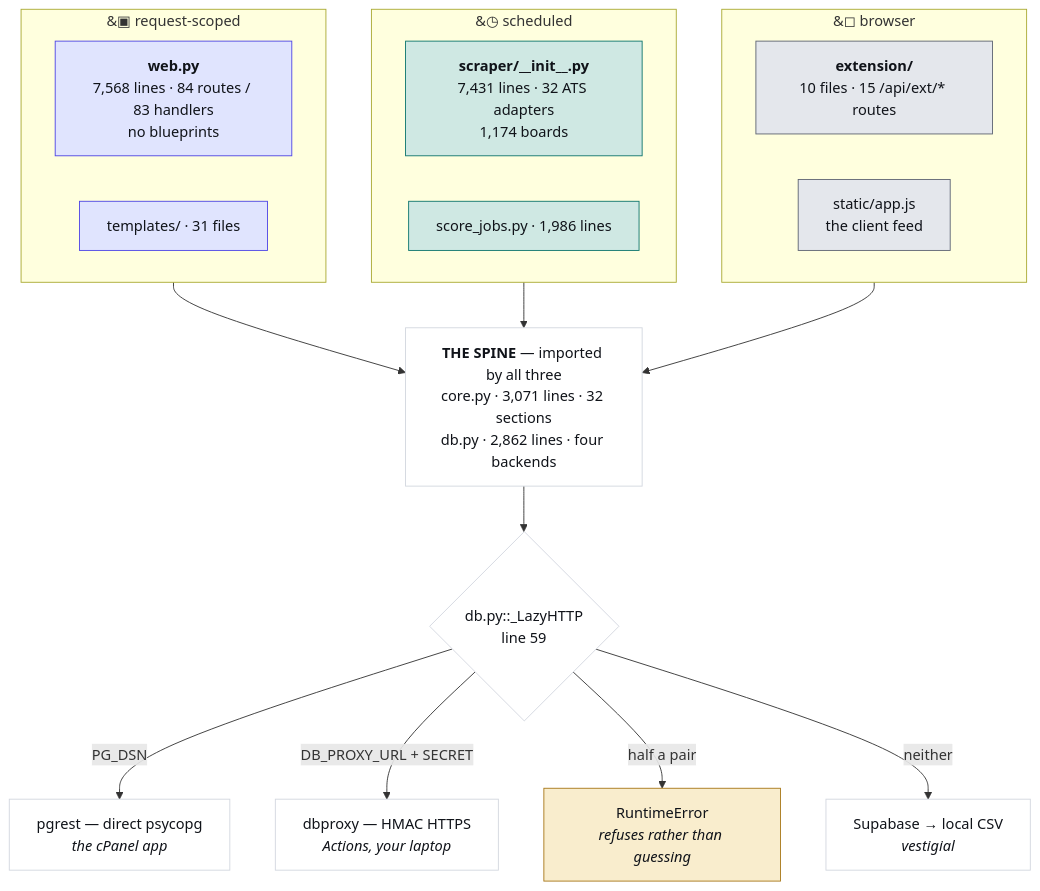
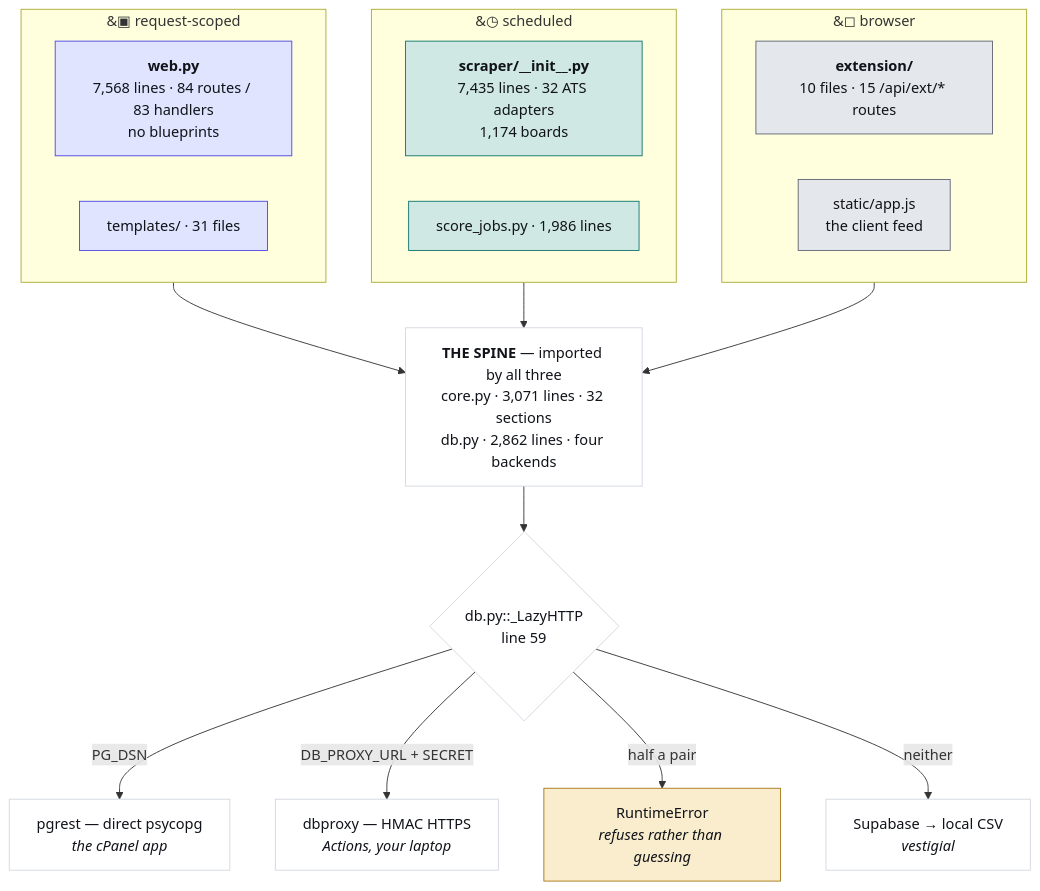
One commit to hadakunal909-debug/job-search-tool changed the first of 4 diagrams in JobMatch Scraper/docs/ARCHITECTURE.md. Above: the diagram before and after it, drawn with Mermaid. The commit also changed other lines of this file and 7 other files, not shown here.

````diff
--- a/JobMatch Scraper/docs/ARCHITECTURE.md
+++ b/JobMatch Scraper/docs/ARCHITECTURE.md
@@ -45,34 +45,34 @@
 ```mermaid
 flowchart TB
   subgraph REQ["&#9635; request-scoped"]
     W["<b>web.py</b><br/>7,568 lines · 84 routes / 83 handlers<br/>no blueprints"]
     T["templates/ · 31 files"]
   end
   subgraph SCH["&#9719; scheduled"]
-    S["<b>scraper/__init__.py</b><br/>7,431 lines · 32 ATS adapters<br/>1,174 boards"]
+    S["<b>scraper/__init__.py</b><br/>7,435 lines · 32 ATS adapters<br/>1,174 boards"]
     J["score_jobs.py · 1,986 lines"]
   end
   subgraph CLI["&#9723; browser"]
     E["<b>extension/</b><br/>10 files · 15 /api/ext/* routes"]
     A["static/app.js<br/>the client feed"]
   end
   SPINE["<b>THE SPINE</b> — imported by all three<br/>core.py · 3,071 lines · 32 sections<br/>db.py · 2,862 lines · four backends"]
   REQ --> SPINE
   SCH --> SPINE
   CLI --> SPINE
   SPINE --> D{"db.py::_LazyHTTP<br/>line 59"}
   D -->|"PG_DSN"| P["pgrest — direct psycopg<br/><i>the cPanel app</i>"]
   D -->|"DB_PROXY_URL + SECRET"| X["dbproxy — HMAC HTTPS<br/><i>Actions, your laptop</i>"]
   D -->|"half a pair"| R["RuntimeError<br/><i>refuses rather than guessing</i>"]
   D -->|"neither"| V["Supabase → local CSV<br/><i>vestigial</i>"]
   classDef web fill:#e0e4fe,stroke:#4f46e5,color:#101319
   classDef sched fill:#cfe8e3,stroke:#0f766e,color:#101319
   classDef client fill:#e4e7ec,stroke:#5f6573,color:#101319
   classDef trap fill:#f9edcd,stroke:#a8781a,color:#101319
   classDef plain fill:#ffffff,stroke:#d3d7df,color:#101319
   class W,T web
   class S,J sched
   class E,A client
   class R trap
   class SPINE,D,P,X,V plain
 ```
````
